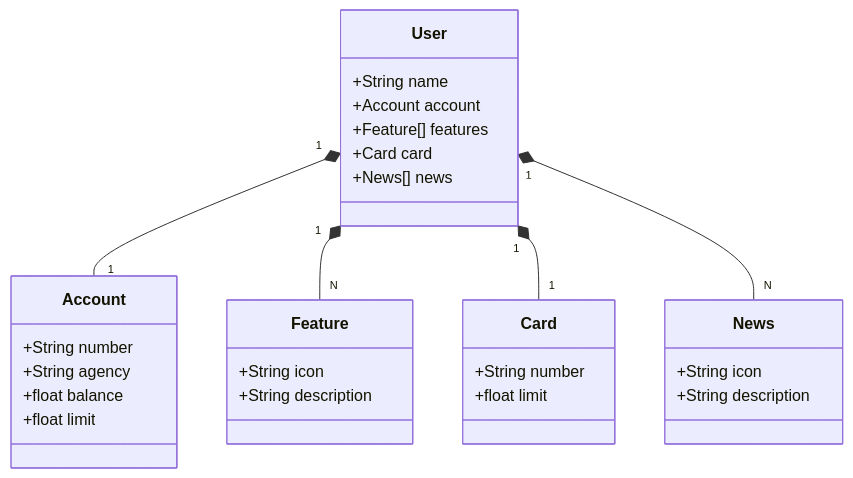
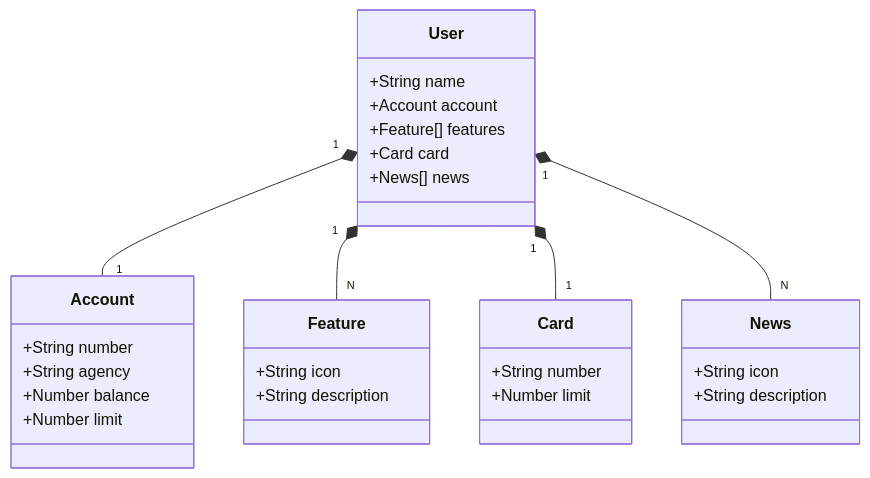
Before and after one commit to DouglasSimoesM/santander-dev-week: the diagram in README.md, drawn with Mermaid.

````diff
--- a/README.md
+++ b/README.md
@@ -6,37 +6,37 @@
 ```mermaid
 classDiagram
     class User {
         +String name
         +Account account
         +Feature[] features
         +Card card
         +News[] news
     }
 
     class Account {
         +String number
         +String agency
-        +float balance
-        +float limit
+        +Number balance
+        +Number limit
     }
 
     class Feature {
         +String icon
         +String description
     }
 
     class Card {
         +String number
-        +float limit
+        +Number limit
     }
 
     class News {
         +String icon
         +String description
     }
 
     User "1" *-- "1" Account
     User "1"*-- "N" Feature
     User "1"*-- "1" Card
     User "1"*-- "N" News
 ```
````
